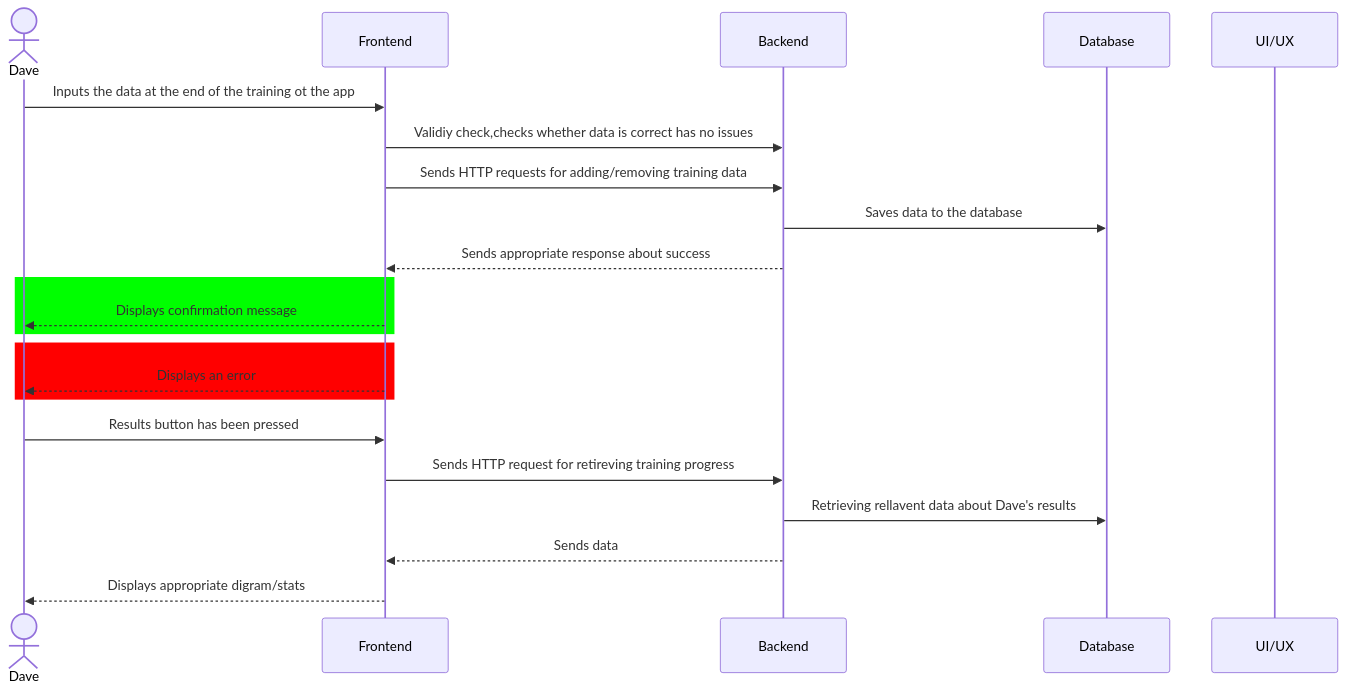
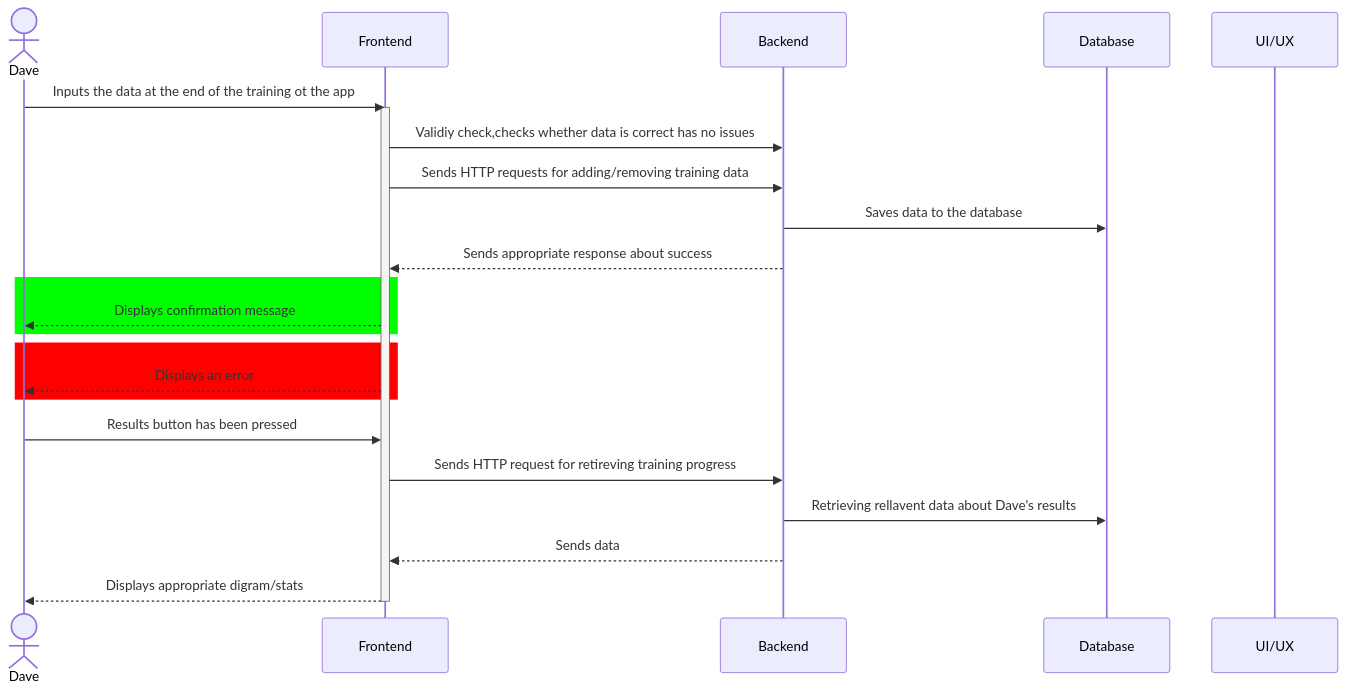
The second of 3 diagrams in docs/sequence-diagrams.md (Bosco-13/cmp5012b-team), drawn with Mermaid before and after one commit. The commit also changed other lines of this file, not shown here.

````diff
--- a/docs/sequence-diagrams.md
+++ b/docs/sequence-diagrams.md
@@ -46,24 +66,26 @@
 ``` mermaid
 sequenceDiagram
     actor Dave
     participant Frontend
     participant Backend
     participant Database
     participant UI/UX
     Dave ->> Frontend: Inputs the data at the end of the training ot the app
+    activate Frontend
     Frontend ->> Backend: Validiy check,checks whether data is correct has no issues
     Frontend ->> Backend: Sends HTTP requests for adding/removing training data
     Backend ->> Database: Saves data to the database
     Backend -->> Frontend: Sends appropriate response about success
     rect rgb(0,255,0)
     Frontend -->> Dave: Displays confirmation message
     end
     rect rgb(255,0,0)  
     Frontend -->> Dave: Displays an error
     end
     Dave ->> Frontend: Results button has been pressed
     Frontend ->> Backend: Sends HTTP request for retireving training progress
     Backend ->> Database: Retrieving rellavent data about Dave's results
     Backend -->> Frontend: Sends data
     Frontend -->> Dave: Displays appropriate digram/stats
+    deactivate Frontend
 ```
````
